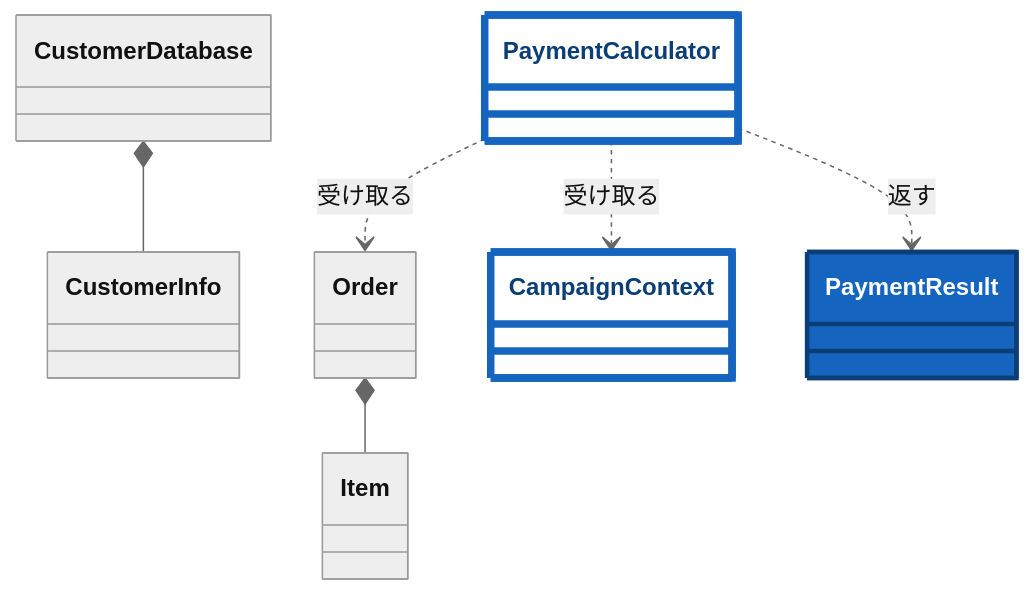
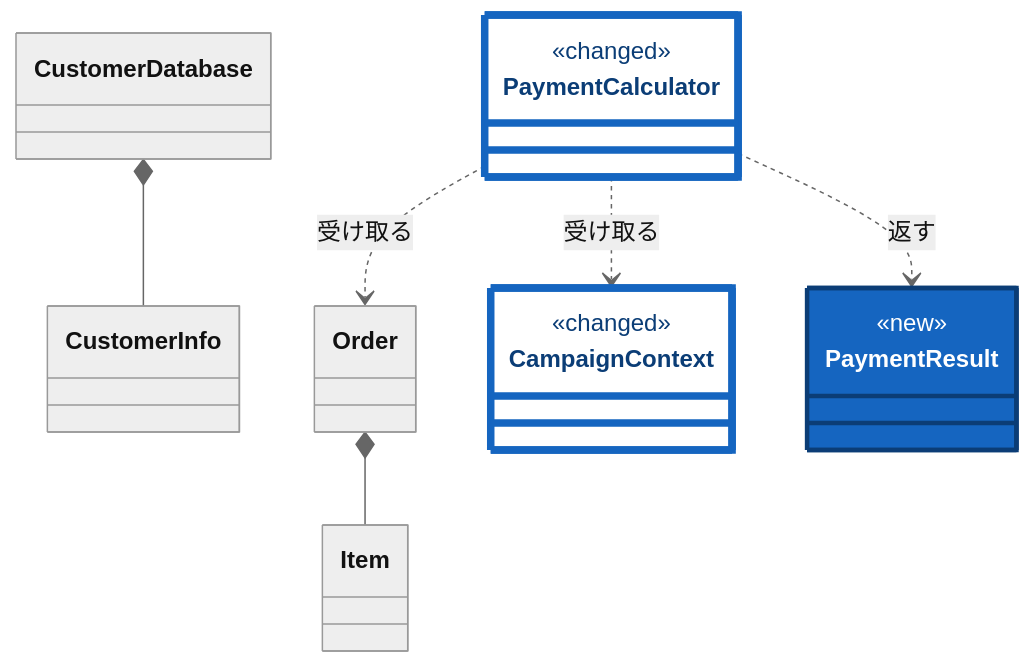
Before and after one commit to kumachan1101-pixel/DesignPattern: diagram 11 of 16 in kindle/design-patterns/books/volume01-core-patterns/output/03-chapter01.md, drawn with Mermaid (neutral theme). The commit also changed other lines of this file and 40 other files, not shown here.

````diff
--- a/kindle/design-patterns/books/volume01-core-patterns/output/03-chapter01.md
+++ b/kindle/design-patterns/books/volume01-core-patterns/output/03-chapter01.md
@@ -1989,19 +2066,25 @@
 ```mermaid
 classDiagram
     direction TB
     class Order
     class Item
     class CustomerInfo
     class CustomerDatabase
-    class CampaignContext:::touched
-    class PaymentResult:::added
-    class PaymentCalculator:::touched
+    class CampaignContext:::touched {
+        <<changed>>
+    }
+    class PaymentResult:::added {
+        <<new>>
+    }
+    class PaymentCalculator:::touched {
+        <<changed>>
+    }
     Order *-- Item
     CustomerDatabase *-- CustomerInfo
     PaymentCalculator ..> Order : 受け取る
     PaymentCalculator ..> CampaignContext : 受け取る
     PaymentCalculator ..> PaymentResult : 返す
 
     classDef added fill:#1565c0,stroke:#0b3d76,stroke-width:3px,color:#ffffff;
     classDef touched fill:#ffffff,stroke:#1565c0,stroke-width:5px,color:#0b3d76;
 ```
````
